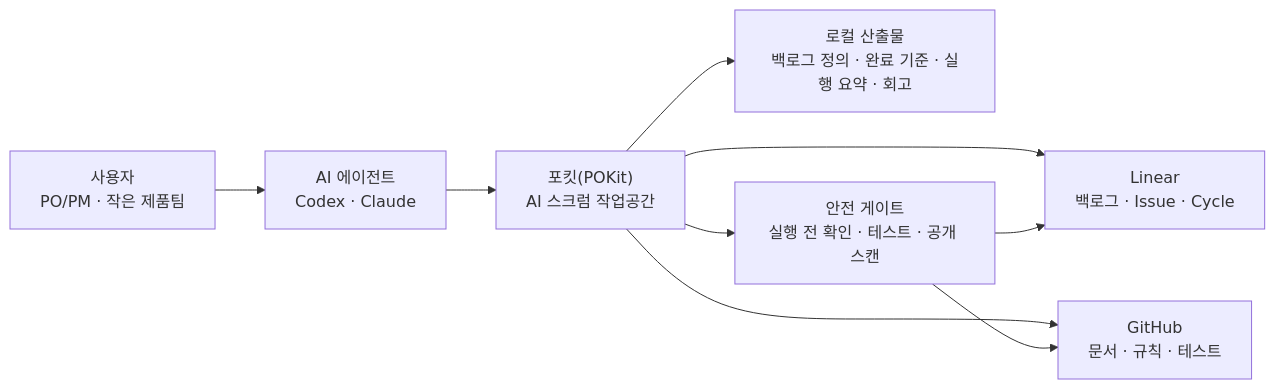
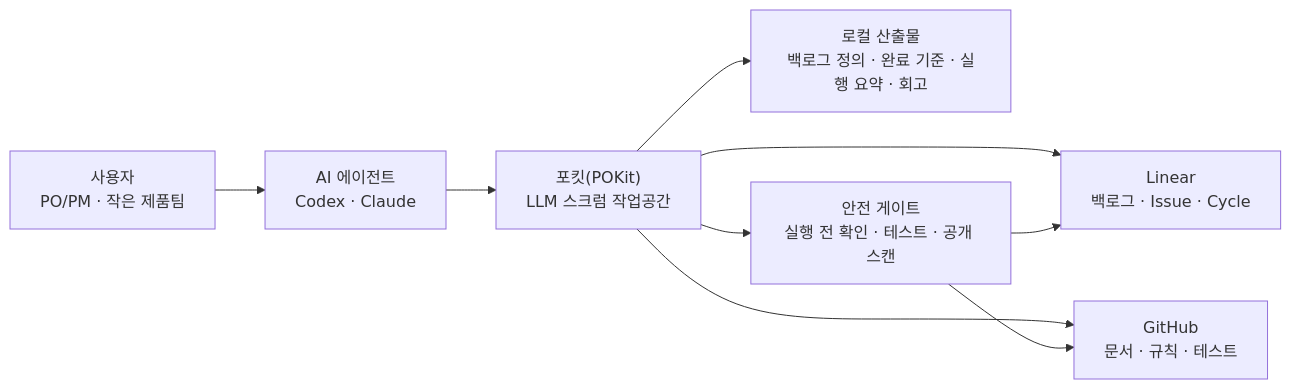
The second of 2 diagrams in README.md (dongwonlee222/POKit), drawn with Mermaid before and after one commit. The commit also changed other lines of this file, not shown here.

Commit message:
docs: position POKit as LLM scrum workspace

````diff
--- a/README.md
+++ b/README.md
@@ -62,11 +64,11 @@
 ```mermaid
 flowchart LR
   U["사용자<br/>PO/PM · 작은 제품팀"] --> A["AI 에이전트<br/>Codex · Claude"]
-  A --> R["포킷(POKit)<br/>AI 스크럼 작업공간"]
+  A --> R["포킷(POKit)<br/>LLM 스크럼 작업공간"]
   R --> L["Linear<br/>백로그 · Issue · Cycle"]
   R --> G["GitHub<br/>문서 · 규칙 · 테스트"]
   R --> O["로컬 산출물<br/>백로그 정의 · 완료 기준 · 실행 요약 · 회고"]
   R --> S["안전 게이트<br/>실행 전 확인 · 테스트 · 공개 스캔"]
   S --> L
   S --> G
 ```
````
